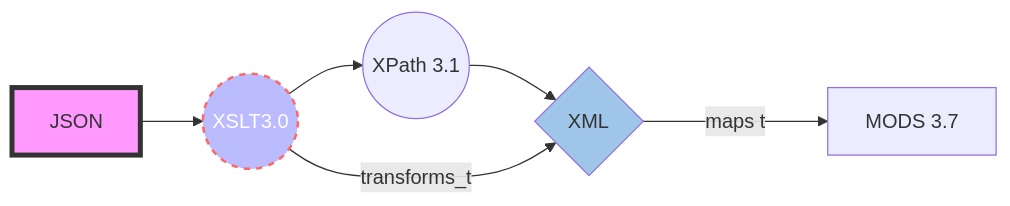
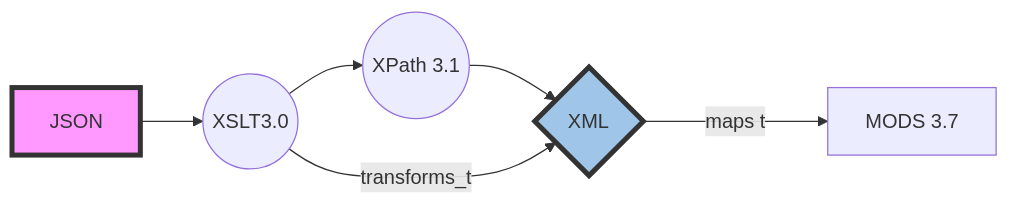
The second of 4 diagrams in README.md (CarlosMartinez-USDA/json-to-xml), drawn with Mermaid before and after one commit. The commit also changed other lines of this file, not shown here.

Commit message:
README.md updated from https://stackedit.io/

````diff
--- a/README.md
+++ b/README.md
@@ -22,10 +22,10 @@
 ```mermaid
 graph LR
 A[JSON] --> B((XSLT3.0))
 B-->B.1((XPath 3.1))-->C
 B --transforms_to--> C{XML}
 C --maps to--> D[MODS 3.7]
 style A fill:#f9f,stroke:#333,stroke-width:4px 
-style B fill:#bbf,stroke:#f66,stroke-width:2px,color:#fff,stroke-dasharray: 5 5
-style C fill:#9fc5e8
+
+style C fill:#9fc5e8, stroke:#333, stroke-width:4px
 ```
````
